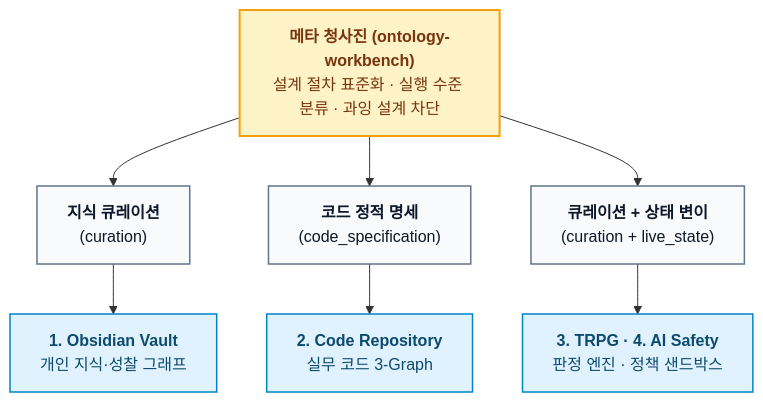
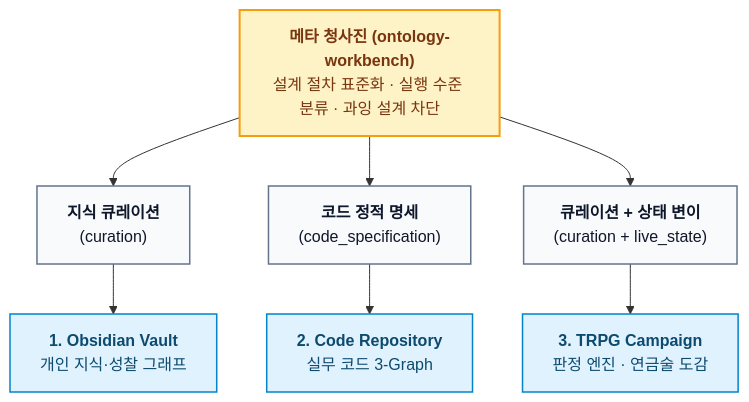
One commit to tomato-vault/tomato-vault.github.io changed the diagram in _posts/tech/ontology-engineering/0 개념 공부를 넘어 실전으로, 네 개의 도메인에 온톨로지를 구축하기까지.md. Above: the diagram before and after it, drawn with Mermaid. The commit also changed other lines of this file and 42 other files, not shown here.

````diff
--- a/_posts/tech/ontology-engineering/0 개념 공부를 넘어 실전으로, 네 개의 도메인에 온톨로지를 구축하기까지.md
+++ b/_posts/tech/ontology-engineering/0 개념 공부를 넘어 실전으로, 네 개의 도메인에 온톨로지를 구축하기까지.md
@@ -69,21 +68,21 @@
 ```mermaid
 flowchart TD
     classDef meta fill:#fef3c7,stroke:#f59e0b,stroke-width:2px,color:#78350f
     classDef regime fill:#f8fafc,stroke:#64748b,stroke-width:1.5px,color:#0f172a
     classDef world fill:#e0f2fe,stroke:#0284c7,stroke-width:1.5px,color:#0c4a6e
 
     MW["<b>메타 청사진 (ontology-workbench)</b><br/>설계 절차 표준화 · 실행 수준 분류 · 과잉 설계 차단"]:::meta
 
     R1["<b>지식 큐레이션</b><br/>(curation)"]:::regime
     R2["<b>코드 정적 명세</b><br/>(code_specification)"]:::regime
     R3["<b>큐레이션 + 상태 변이</b><br/>(curation + live_state)"]:::regime
 
     W1["<b>1. Obsidian Vault</b><br/>개인 지식·성찰 그래프"]:::world
     W2["<b>2. Code Repository</b><br/>실무 코드 3-Graph"]:::world
-    W3["<b>3. TRPG · 4. AI Safety</b><br/>판정 엔진 · 정책 샌드박스"]:::world
+    W3["<b>3. TRPG Campaign</b><br/>판정 엔진 · 연금술 도감"]:::world
 
     MW --> R1 & R2 & R3
     R1 --> W1
     R2 --> W2
     R3 --> W3
 ```
````
